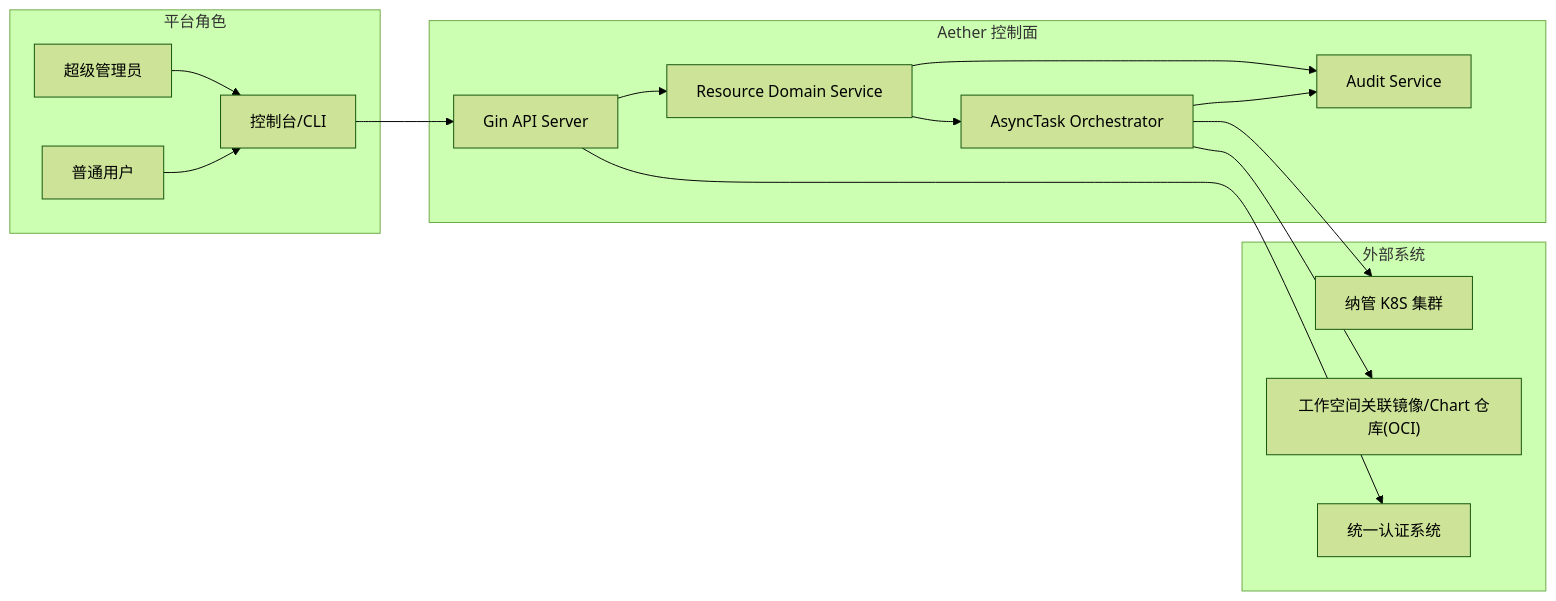
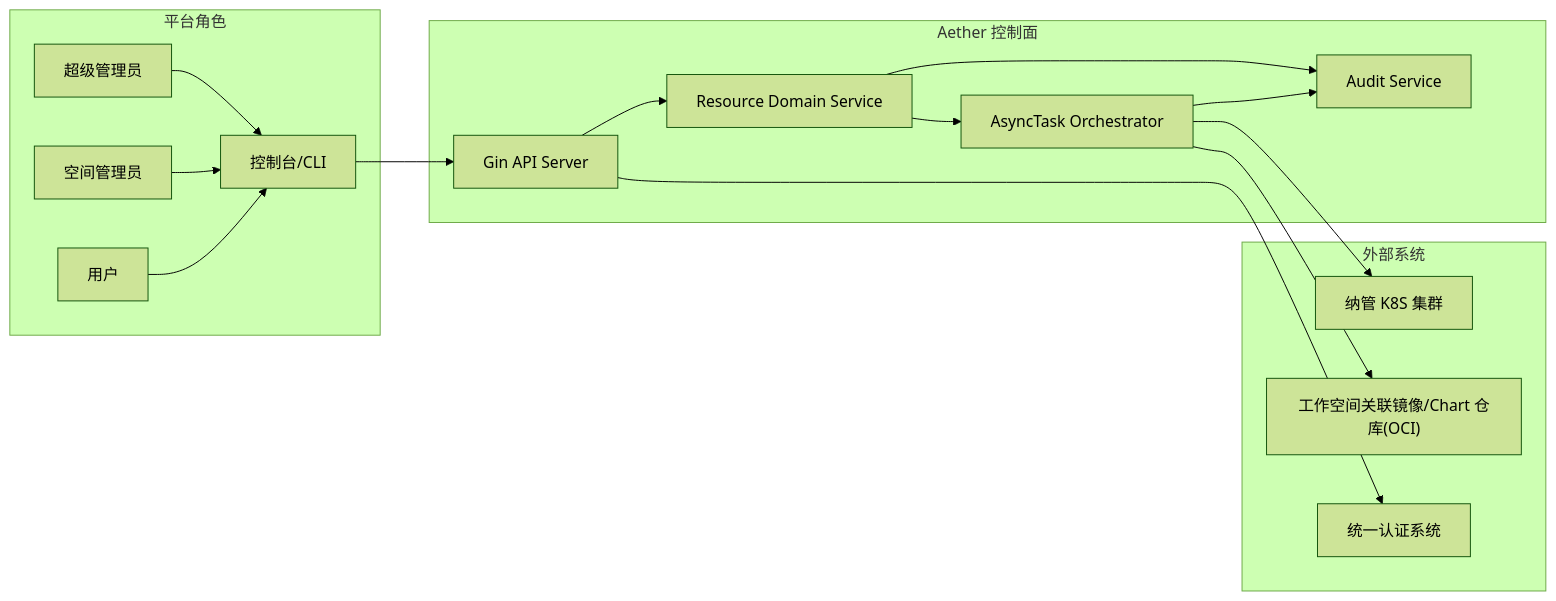
One commit to sentanl869/aether changed the first of 24 diagrams in docs/design.md. Above: the diagram before and after it, drawn with Mermaid (forest theme). The commit also changed other lines of this file and 2 other files, not shown here.

````diff
--- a/docs/design.md
+++ b/docs/design.md
@@ -177,32 +188,34 @@
 ```mermaid
 flowchart LR
   subgraph Actors["平台角色"]
     SA["超级管理员"]
-    U["普通用户"]
+    WA["空间管理员"]
+    U["用户"]
     FE["控制台/CLI"]
   end
 
   subgraph Aether["Aether 控制面"]
     API["Gin API Server"]
     TASK["AsyncTask Orchestrator"]
     AUDIT["Audit Service"]
     MODEL["Resource Domain Service"]
   end
 
   subgraph External["外部系统"]
     K8S["纳管 K8S 集群"]
     OCI["工作空间关联镜像/Chart 仓库(OCI)"]
     IDP["统一认证系统"]
   end
 
   SA --> FE
+  WA --> FE
   U --> FE
   FE --> API
   API --> IDP
   API --> MODEL
   MODEL --> TASK
   TASK --> K8S
   TASK --> OCI
   MODEL --> AUDIT
   TASK --> AUDIT
 ```
````
